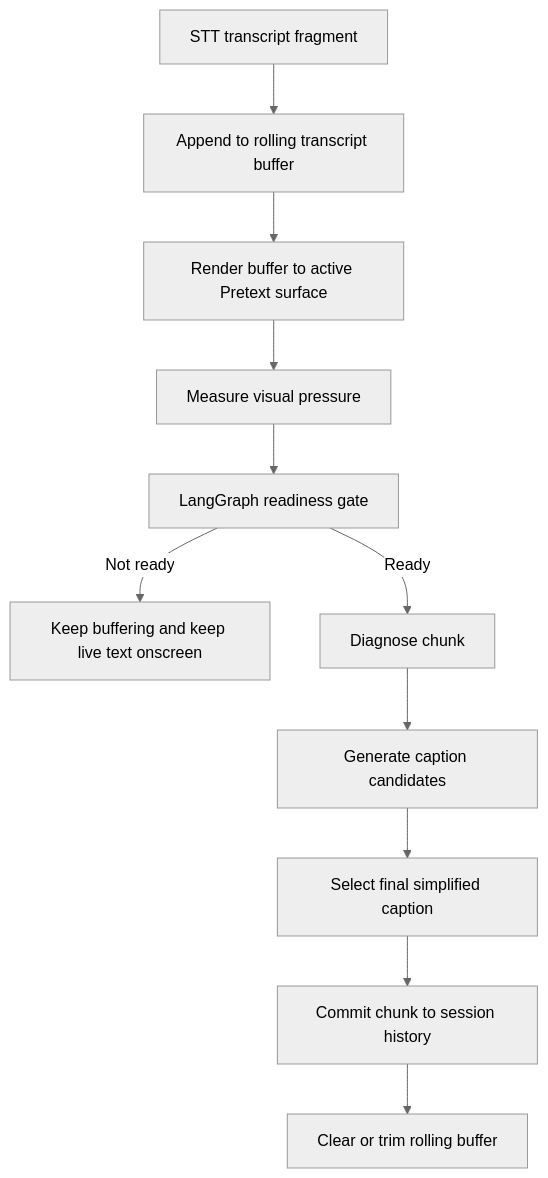
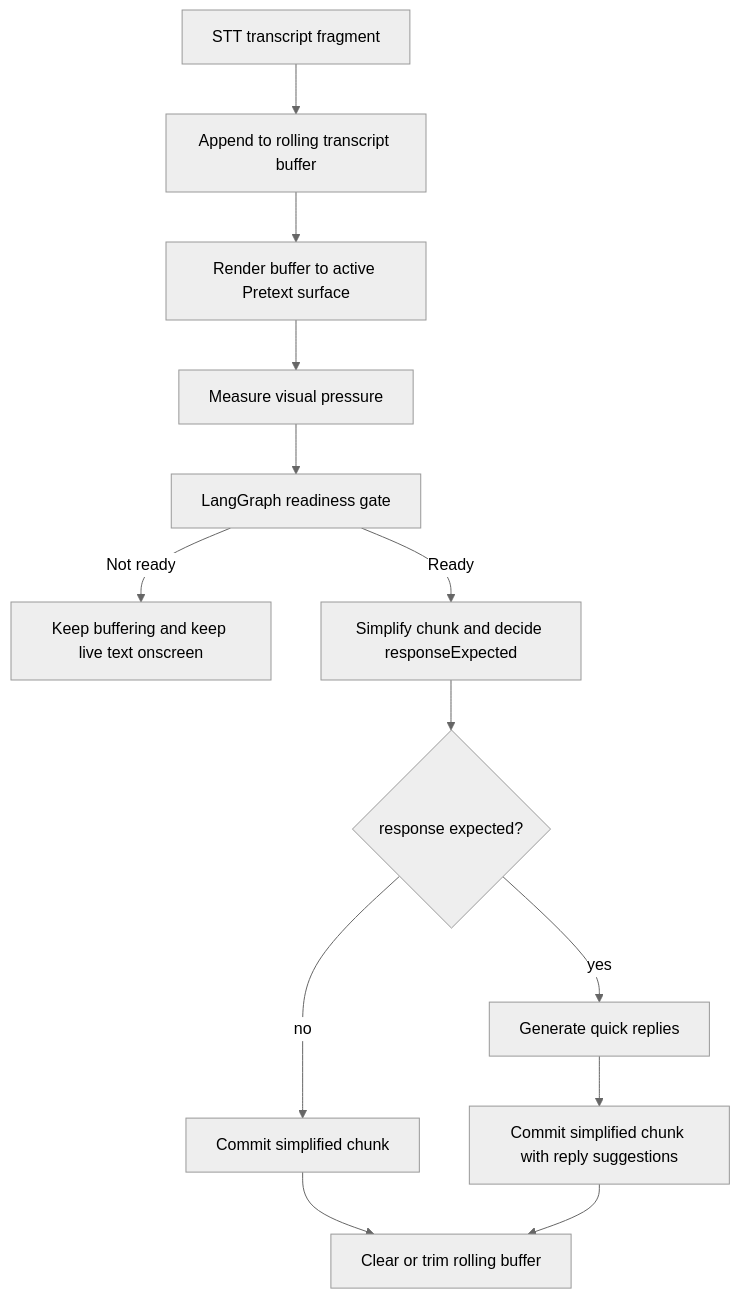
One commit to gksoriginals/Project-Vera changed the diagram in docs/tech/SIMPLIFICATION_TRIGGER_DESIGN.md. Above: the diagram before and after it, drawn with Mermaid (neutral theme). The commit also changed other lines of this file and 5 other files, not shown here.

````diff
--- a/docs/tech/SIMPLIFICATION_TRIGGER_DESIGN.md
+++ b/docs/tech/SIMPLIFICATION_TRIGGER_DESIGN.md
@@ -66,13 +78,15 @@
 ```mermaid
 flowchart TD
     A["STT transcript fragment"] --> B["Append to rolling transcript buffer"]
     B --> C["Render buffer to active Pretext surface"]
     C --> D["Measure visual pressure"]
     D --> E["LangGraph readiness gate"]
     E -->|Not ready| F["Keep buffering and keep live text onscreen"]
-    E -->|Ready| G["Diagnose chunk"]
-    G --> H["Generate caption candidates"]
-    H --> I["Select final simplified caption"]
-    I --> J["Commit chunk to session history"]
-    J --> K["Clear or trim rolling buffer"]
+    E -->|Ready| G["Simplify chunk and decide responseExpected"]
+    G --> H{"response expected?"}
+    H -->|no| I["Commit simplified chunk"]
+    H -->|yes| J["Generate quick replies"]
+    J --> K["Commit simplified chunk with reply suggestions"]
+    I --> L["Clear or trim rolling buffer"]
+    K --> L
 ```
````
